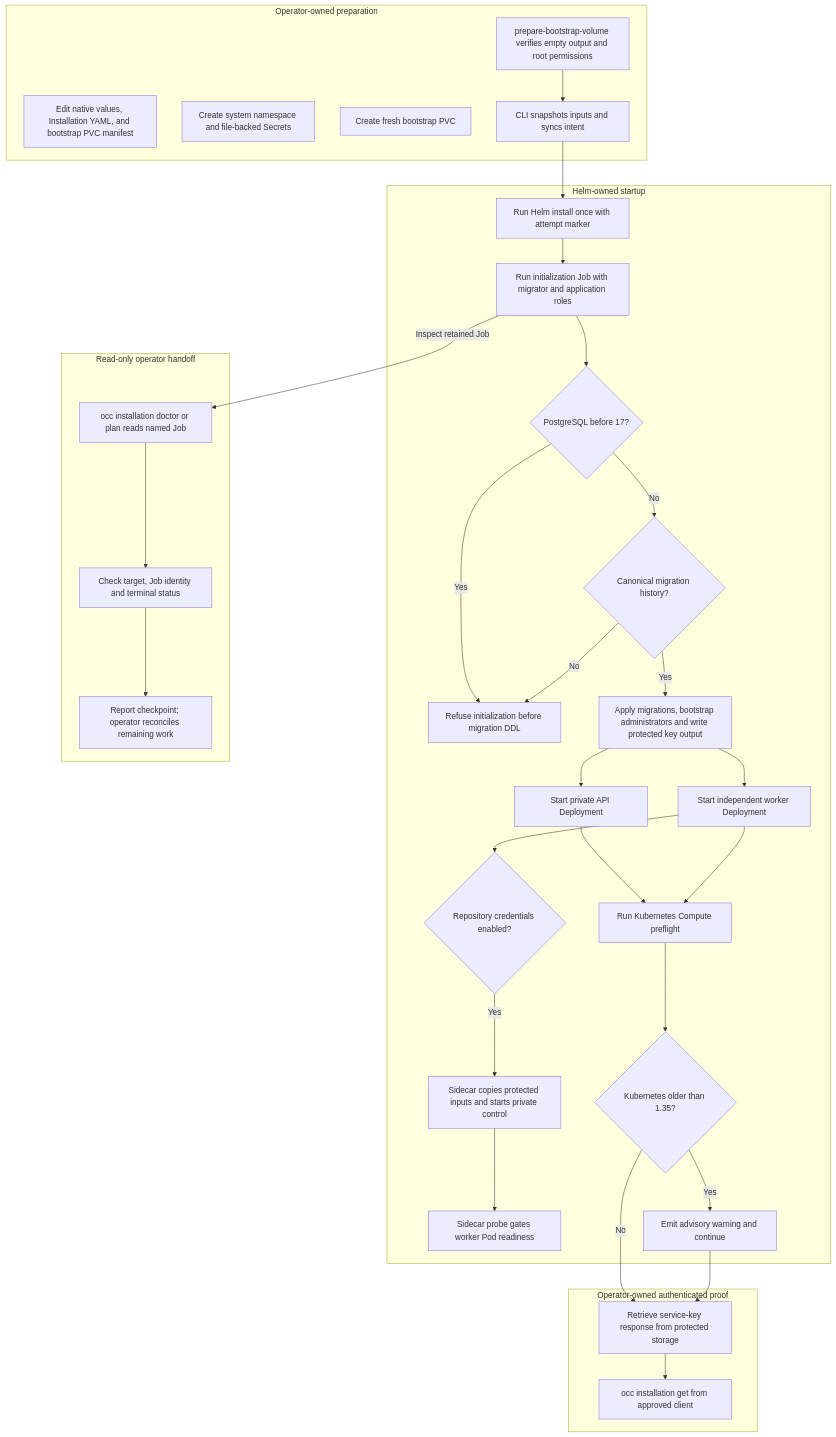
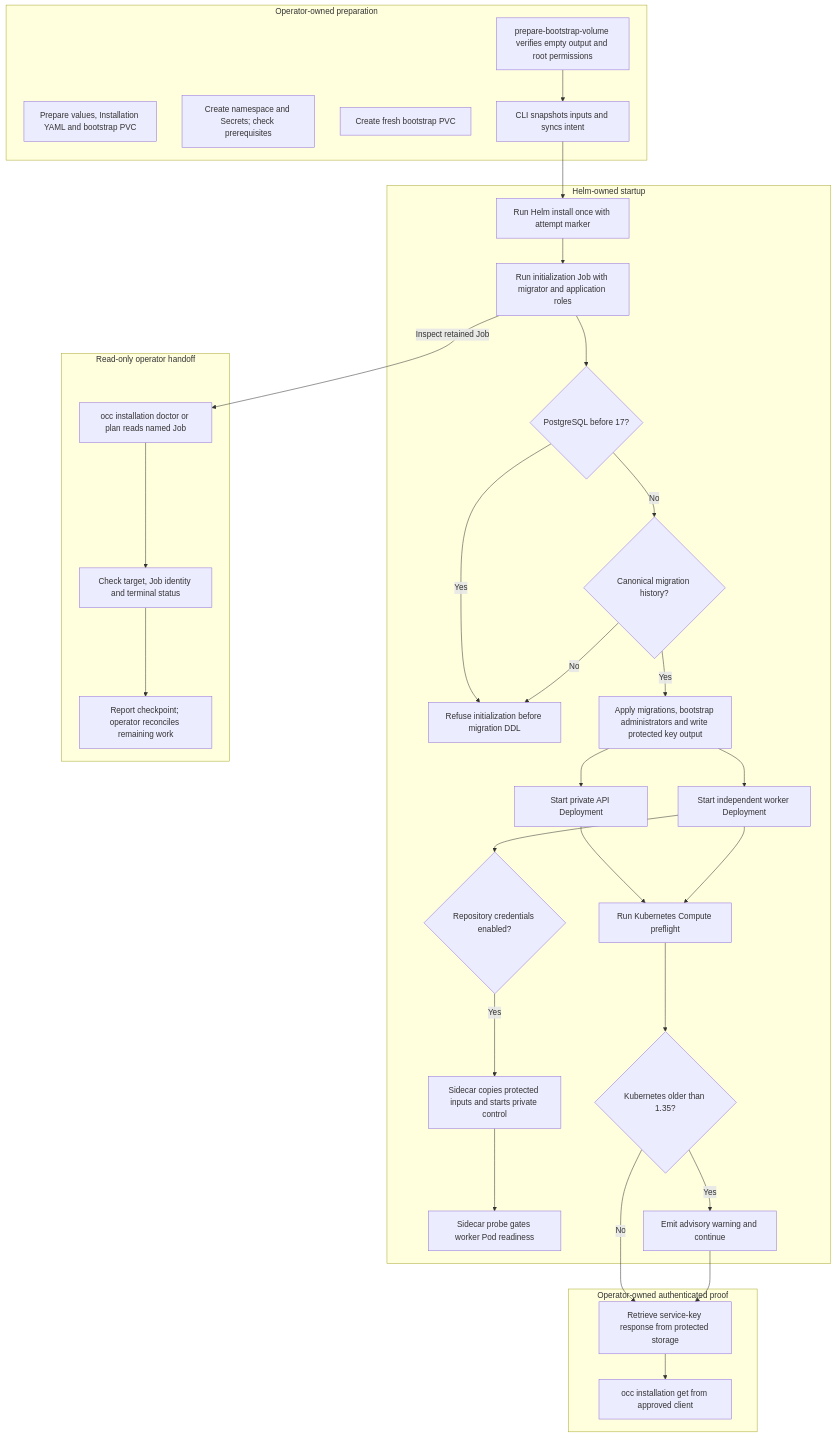
One commit to openclaw/openclaw-enterprise changed the diagram in docs/flows/production-startup.md. Above: the diagram before and after it, drawn with Mermaid. The commit also changed other lines of this file and 7 other files, not shown here.

Commit message:
feat(deploy): diagnose Kubernetes installation prerequisites (#4711)

````diff
--- a/docs/flows/production-startup.md
+++ b/docs/flows/production-startup.md
@@ -34,38 +33,38 @@
 ```mermaid
 graph TD
     subgraph Operator["Operator-owned preparation"]
-        A["Edit native values, Installation YAML, and bootstrap PVC manifest"]
-        B["Create system namespace and file-backed Secrets"]
+        A["Prepare values, Installation YAML and bootstrap PVC"]
+        B["Create namespace and Secrets; check prerequisites"]
         C["Create fresh bootstrap PVC"]
         D["prepare-bootstrap-volume verifies empty output and root permissions"]
         D --> RC["CLI snapshots inputs and syncs intent"]
     end
     subgraph Helm["Helm-owned startup"]
         RC --> E["Run Helm install once with attempt marker"]
         E --> F["Run initialization Job with migrator and application roles"]
         F --> V{"PostgreSQL before 17?"}
         V -->|Yes| P["Refuse initialization before migration DDL"]
         V -->|No| O{"Canonical migration history?"}
         O -->|No| P
         O -->|Yes| G["Apply migrations, bootstrap administrators and write protected key output"]
         G --> H["Start private API Deployment"]
         G --> I["Start independent worker Deployment"]
         I --> R{"Repository credentials enabled?"}
         R -->|Yes| S["Sidecar copies protected inputs and starts private control"]
         S --> Q["Sidecar probe gates worker Pod readiness"]
         H --> L["Run Kubernetes Compute preflight"]
         I --> L
         L --> M{"Kubernetes older than 1.35?"}
         M -->|Yes| N["Emit advisory warning and continue"]
     end
     subgraph Handoff["Read-only operator handoff"]
         F -->|Inspect retained Job| T["occ installation doctor or plan reads named Job"]
         T --> U["Check target, Job identity and terminal status"]
         U --> W["Report checkpoint; operator reconciles remaining work"]
     end
     subgraph Proof["Operator-owned authenticated proof"]
         M -->|No| J["Retrieve service-key response from protected storage"]
         N --> J
         J --> K["occ installation get from approved client"]
     end
 ```
````
